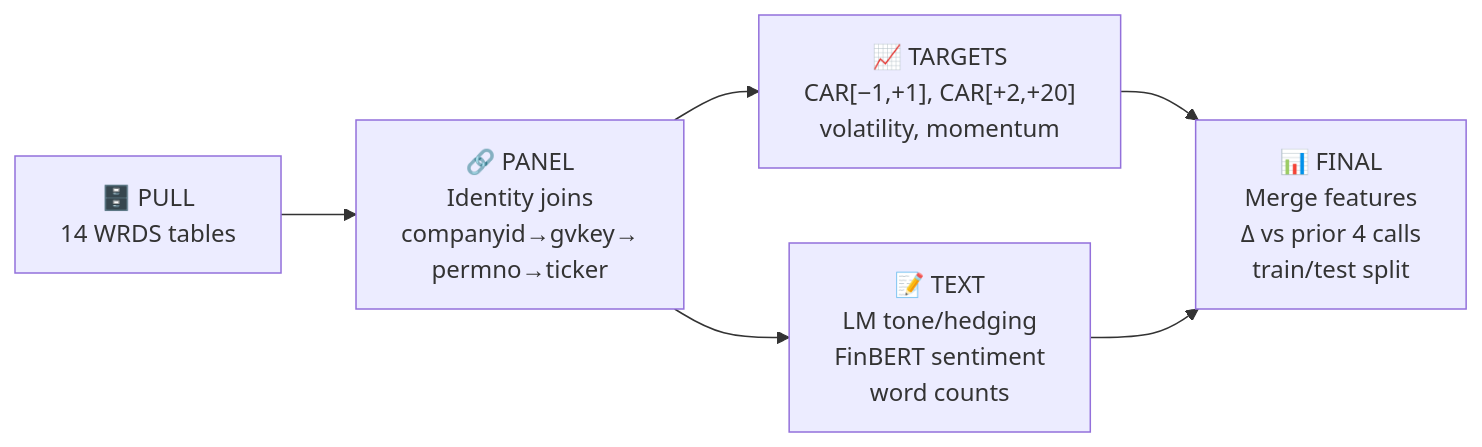
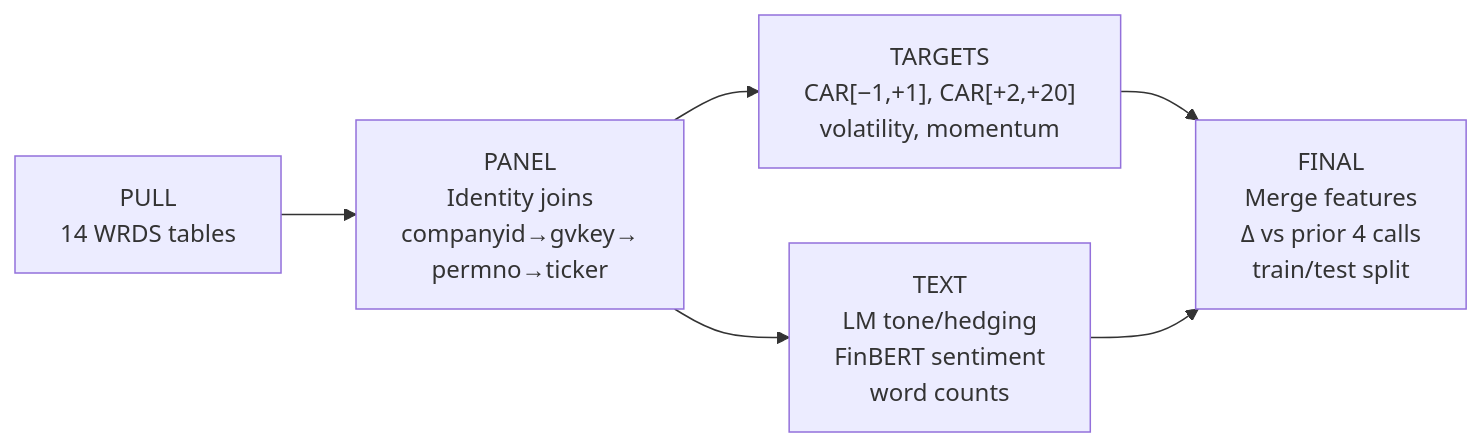
The first of 4 diagrams in README.md (lflsphere/linguistic-alpha), drawn with Mermaid before and after one commit. The commit also changed other lines of this file, not shown here.

Commit message:
Remove emojis from Mermaid diagrams

````diff
--- a/README.md
+++ b/README.md
@@ -104,8 +104,8 @@
 ```mermaid
 flowchart LR
-    A["🗄️ PULL\n14 WRDS tables"] --> B["🔗 PANEL\nIdentity joins\ncompanyid→gvkey→\npermno→ticker"]
-    B --> C["📈 TARGETS\nCAR[−1,+1], CAR[+2,+20]\nvolatility, momentum"]
-    B --> D["📝 TEXT\nLM tone/hedging\nFinBERT sentiment\nword counts"]
-    C --> E["📊 FINAL\nMerge features\nΔ vs prior 4 calls\ntrain/test split"]
+    A["PULL\n14 WRDS tables"] --> B["PANEL\nIdentity joins\ncompanyid→gvkey→\npermno→ticker"]
+    B --> C["TARGETS\nCAR[−1,+1], CAR[+2,+20]\nvolatility, momentum"]
+    B --> D["TEXT\nLM tone/hedging\nFinBERT sentiment\nword counts"]
+    C --> E["FINAL\nMerge features\nΔ vs prior 4 calls\ntrain/test split"]
     D --> E
 ```
````
